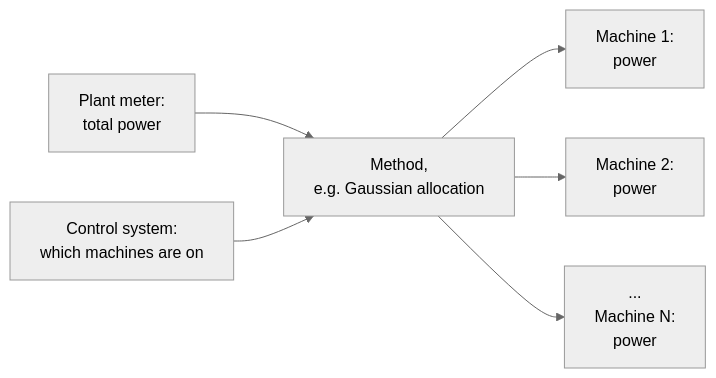
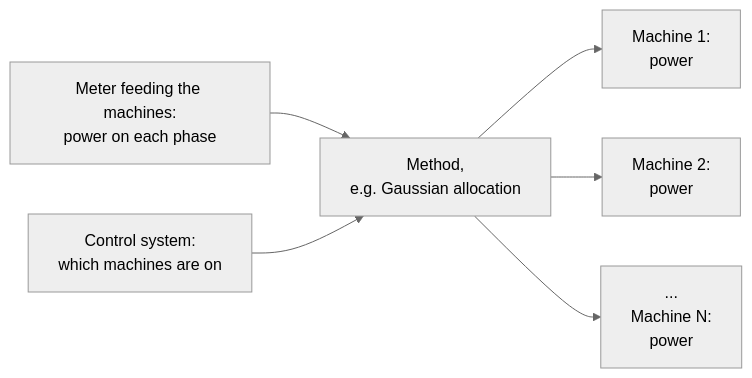
The diagram in README.md (danctorres/nilm_industry), drawn with Mermaid (neutral theme) before and after one commit. The commit also changed other lines of this file and 2 other files, not shown here.

Commit message:
docs(readme): redraw the example from the per-phase estimates

````diff
--- a/README.md
+++ b/README.md
@@ -8,8 +8,8 @@
 ```mermaid
 flowchart LR
-    total["Plant meter:<br/>total power"] --> method["Method,<br/>e.g. Gaussian allocation"]
+    total["Meter feeding the machines:<br/>power on each phase"] --> method["Method,<br/>e.g. Gaussian allocation"]
     states["Control system:<br/>which machines are on"] --> method
     method --> m1["Machine 1:<br/>power"]
     method --> m2["Machine 2:<br/>power"]
     method --> mn["...<br/>Machine N:<br/>power"]
 ```
````
